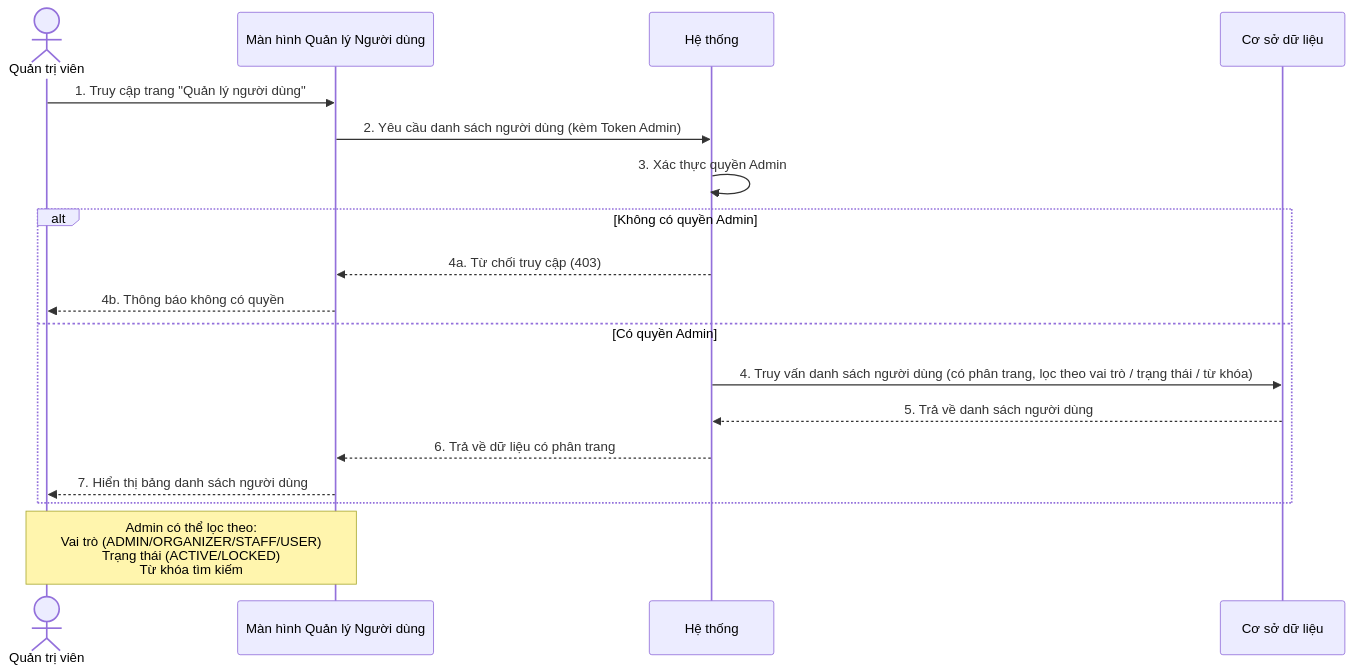
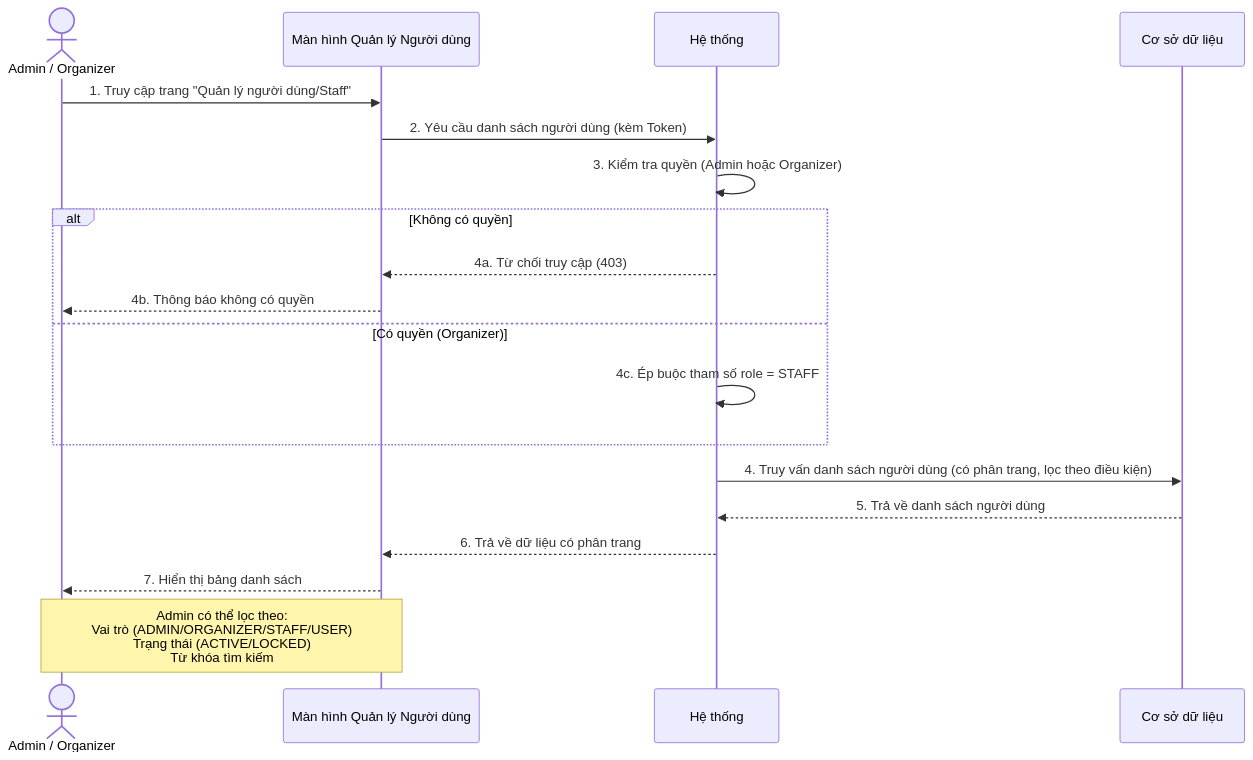
The first of 12 diagrams in doc/system_analysis/sequence diagram/05b_sequence_event.md (ChuDucAnh21/BE-quan-ly-su-kien), drawn with Mermaid before and after one commit. The commit also changed other lines of this file and 22 other files, not shown here.

````diff
--- a/doc/system_analysis/sequence diagram/05b_sequence_event.md
+++ b/doc/system_analysis/sequence diagram/05b_sequence_event.md
@@ -7,22 +7,23 @@
 ```mermaid
 sequenceDiagram
-    actor Admin as Quản trị viên
+    actor Admin as Admin / Organizer
     participant UI as Màn hình Quản lý Người dùng
     participant HT as Hệ thống
     participant DB as Cơ sở dữ liệu
 
-    Admin->>UI: 1. Truy cập trang "Quản lý người dùng"
-    UI->>HT: 2. Yêu cầu danh sách người dùng (kèm Token Admin)
-    HT->>HT: 3. Xác thực quyền Admin
-    alt Không có quyền Admin
+    Admin->>UI: 1. Truy cập trang "Quản lý người dùng/Staff"
+    UI->>HT: 2. Yêu cầu danh sách người dùng (kèm Token)
+    HT->>HT: 3. Kiểm tra quyền (Admin hoặc Organizer)
+    alt Không có quyền
         HT-->>UI: 4a. Từ chối truy cập (403)
         UI-->>Admin: 4b. Thông báo không có quyền
-    else Có quyền Admin
-        HT->>DB: 4. Truy vấn danh sách người dùng (có phân trang, lọc theo vai trò / trạng thái / từ khóa)
-        DB-->>HT: 5. Trả về danh sách người dùng
-        HT-->>UI: 6. Trả về dữ liệu có phân trang
-        UI-->>Admin: 7. Hiển thị bảng danh sách người dùng
+    else Có quyền (Organizer)
+        HT->>HT: 4c. Ép buộc tham số role = STAFF
     end
+    HT->>DB: 4. Truy vấn danh sách người dùng (có phân trang, lọc theo điều kiện)
+    DB-->>HT: 5. Trả về danh sách người dùng
+    HT-->>UI: 6. Trả về dữ liệu có phân trang
+    UI-->>Admin: 7. Hiển thị bảng danh sách
 
     note over Admin,UI: Admin có thể lọc theo:<br/>Vai trò (ADMIN/ORGANIZER/STAFF/USER)<br/>Trạng thái (ACTIVE/LOCKED)<br/>Từ khóa tìm kiếm
 ```
````
